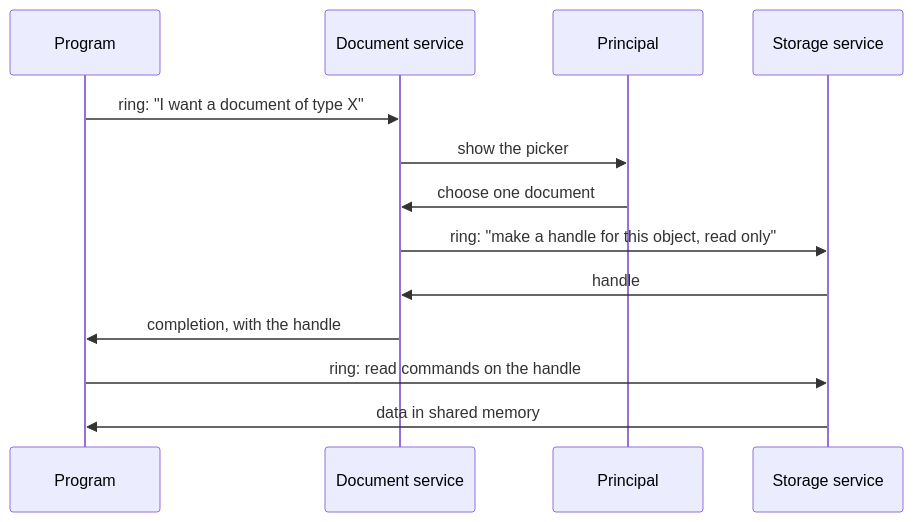
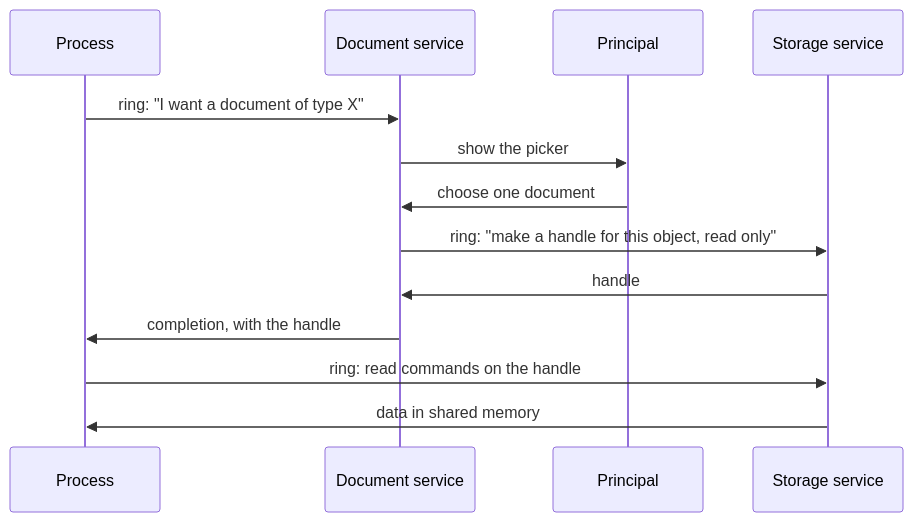
One commit to sachahjkl/modus changed the fourth of 5 diagrams in docs/ARCHITECTURE.md. Above: the diagram before and after it, drawn with Mermaid. The commit also changed other lines of this file and 740 other files, not shown here.

Commit message:
A process in place of a program: the kernel operations, the contract, the code, the guides, the glossary and the lines of the log

````diff
--- a/docs/ARCHITECTURE.md
+++ b/docs/ARCHITECTURE.md
@@ -1601,15 +1601,15 @@
 ```mermaid
 sequenceDiagram
-  participant P as Program
+  participant P as Process
   participant D as Document service
   participant U as Principal
   participant S as Storage service
   P->>D: ring: "I want a document of type X"
   D->>U: show the picker
   U->>D: choose one document
   D->>S: ring: "make a handle for this object, read only"
   S->>D: handle
   D->>P: completion, with the handle
   P->>S: ring: read commands on the handle
   S->>P: data in shared memory
 ```
````
